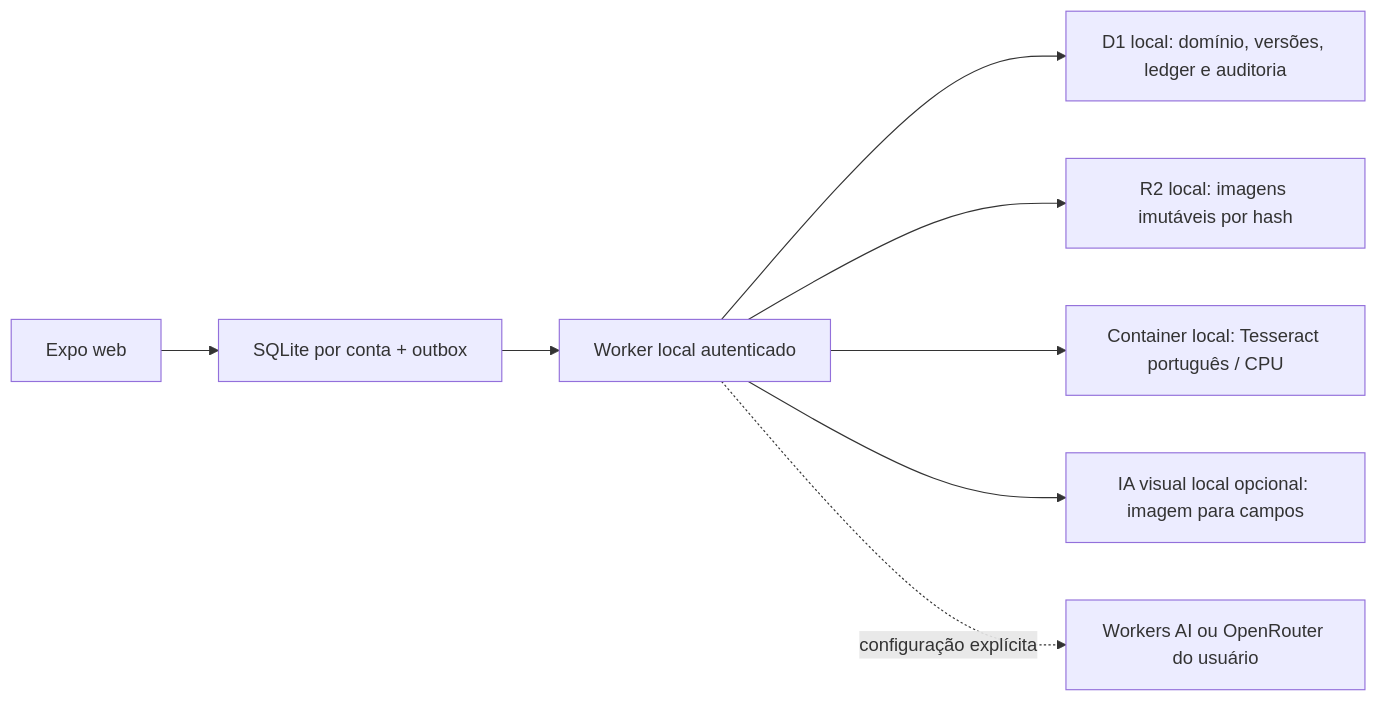
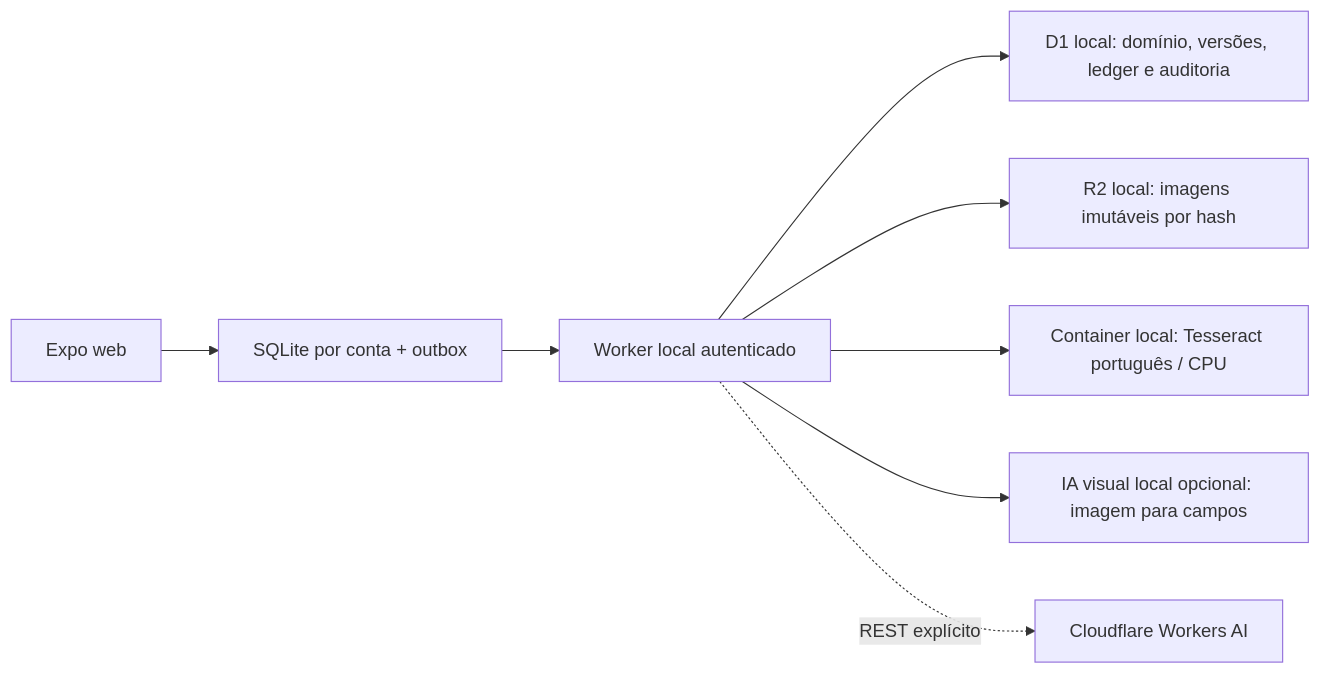
The diagram in agrogest-app/docs/CLOUDFLARE_LOCAL.md (badmuriss/agrogest), drawn with Mermaid before and after one commit. The commit also changed other lines of this file and 40 other files, not shown here.

Commit message:
feat: preparar perfis locais e hospedagem Cloudflare sem OpenRouter

````diff
--- a/agrogest-app/docs/CLOUDFLARE_LOCAL.md
+++ b/agrogest-app/docs/CLOUDFLARE_LOCAL.md
@@ -66,10 +101,10 @@
 ```mermaid
 flowchart LR
   UI[Expo web] --> SQL[SQLite por conta + outbox]
   SQL --> API[Worker local autenticado]
   API --> D1[D1 local: domínio, versões, ledger e auditoria]
   API --> R2[R2 local: imagens imutáveis por hash]
   API --> OCR[Container local: Tesseract português / CPU]
   API --> VLM[IA visual local opcional: imagem para campos]
-  API -. configuração explícita .-> REMOTE[Workers AI ou OpenRouter do usuário]
+  API -. REST explícito .-> REMOTE[Cloudflare Workers AI]
 ```
````
